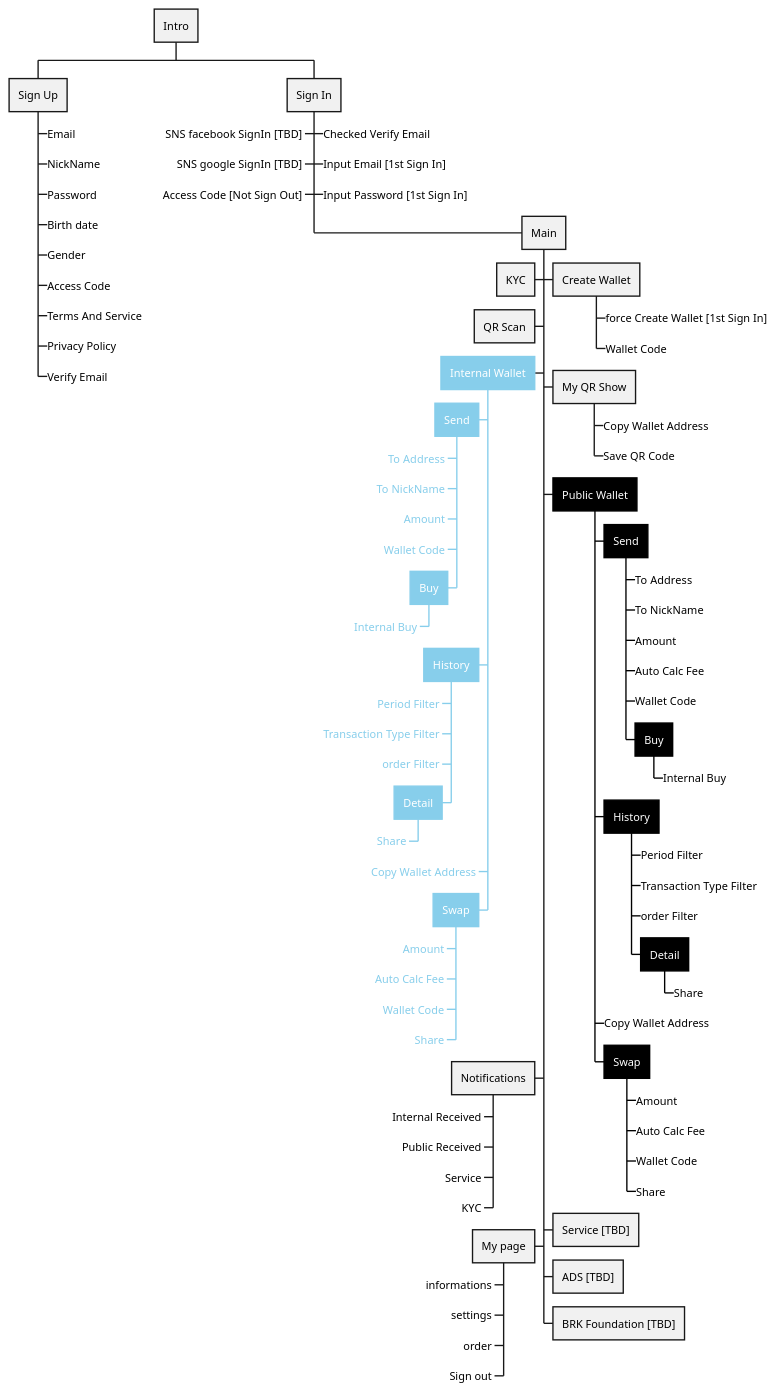
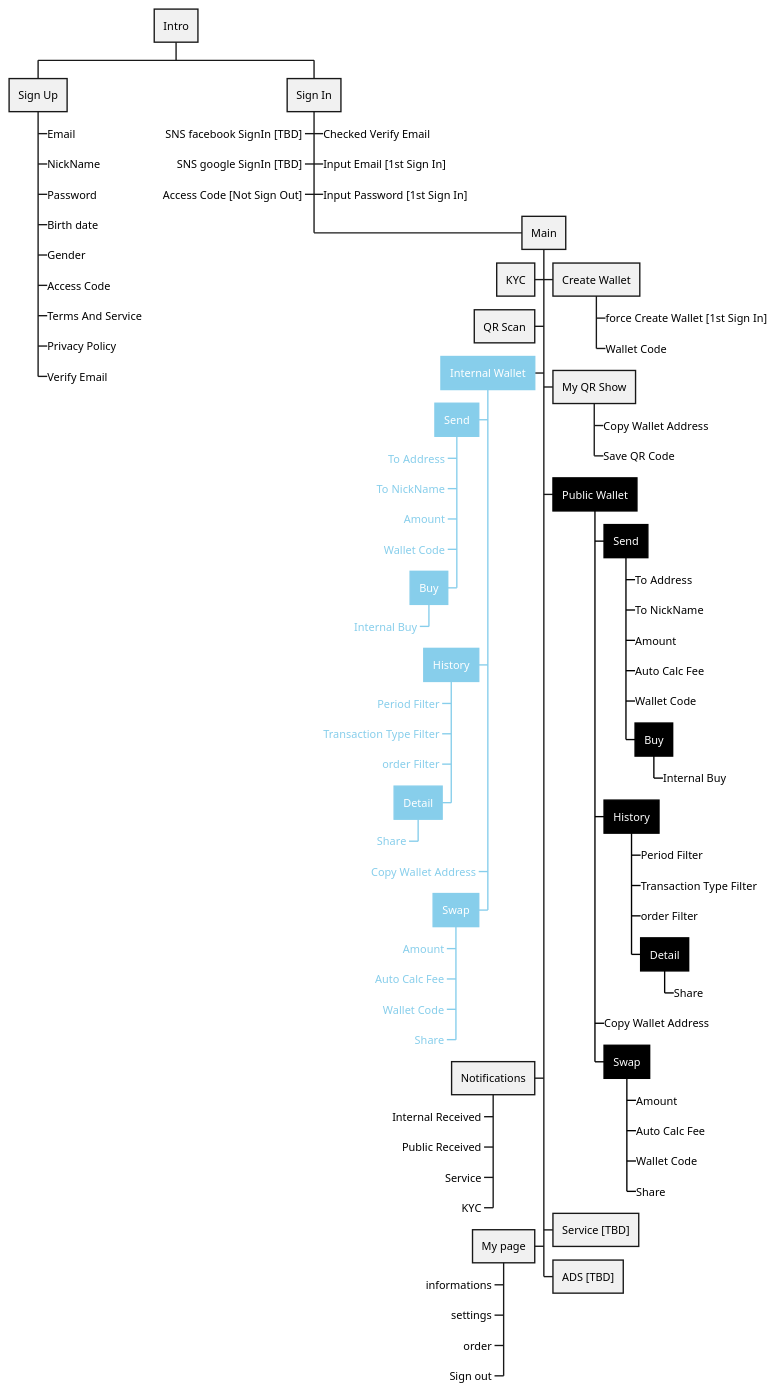
The diagram in public/uml/IA_ServiceFront.iuml (minias/minias.github.io), drawn with PlantUML before and after one commit. The commit also changed 1 other file, not shown here.

```diff
--- a/public/uml/IA_ServiceFront.iuml
+++ b/public/uml/IA_ServiceFront.iuml
@@ -1,101 +1,100 @@
 @startwbs
 <style>
 .Public {
 BackgroundColor Black
 LineColor Black
 FontColor white
 }
 .Public_NoBox {
 FontColor Black
 }
 .Internal {
 BackgroundColor SkyBlue
 LineColor SkyBlue
 FontColor white
 }
 .Internal_NoBox  {
 FontColor SkyBlue
 }
 </style>
 * Intro
 **< Sign Up
 ***_ Email
 ***_ NickName
 ***_ Password
 ***_ Birth date
 ***_ Gender
 ***_ Access Code
 ***_ Terms And Service
 ***_ Privacy Policy
 ***_ Verify Email
 **> Sign In
 ***_< SNS facebook SignIn [TBD]
 ***_< SNS google SignIn [TBD]
 ***_ Checked Verify Email
 ***_ Input Email [1st Sign In]
 ***_ Input Password [1st Sign In]
 ***_< Access Code [Not Sign Out]
 *** Main
 ****< KYC
 **** Create Wallet
 *****_ force Create Wallet [1st Sign In]
 *****_ Wallet Code
 ****< QR Scan
 **** My QR Show
 *****_ Copy Wallet Address <<Public_NoBox>>
 *****_ Save QR Code <<Public_NoBox>>
 ****< Internal Wallet <<Internal>>
-*****< Send <<Internal>> 
-******_< To Address <<Internal_NoBox>> 
-******_< To NickName <<Internal_NoBox>> 
-******_< Amount <<Internal_NoBox>> 
-******_< Wallet Code <<Internal_NoBox>> 
-******< Buy <<Internal>> 
-*******_< Internal Buy <<Internal_NoBox>> 
-*****< History <<Internal>> 
+*****< Send <<Internal>>
+******_< To Address <<Internal_NoBox>>
+******_< To NickName <<Internal_NoBox>>
+******_< Amount <<Internal_NoBox>>
+******_< Wallet Code <<Internal_NoBox>>
+******< Buy <<Internal>>
+*******_< Internal Buy <<Internal_NoBox>>
+*****< History <<Internal>>
 ******_< Period Filter <<Internal_NoBox>>
 ******_< Transaction Type Filter <<Internal_NoBox>>
 ******_< order Filter <<Internal_NoBox>>
-******< Detail <<Internal>> 
-*******_< Share <<Internal_NoBox>> 
+******< Detail <<Internal>>
+*******_< Share <<Internal_NoBox>>
 *****_< Copy Wallet Address <<Internal_NoBox>>
 *****< Swap <<Internal>>
 ******_< Amount <<Internal_NoBox>>
 ******_< Auto Calc Fee <<Internal_NoBox>>
 ******_< Wallet Code <<Internal_NoBox>>
 ******_< Share <<Internal_NoBox>>
 **** Public Wallet <<Public>>
 ***** Send <<Public>>
-******_ To Address <<Public_NoBox>> 
-******_ To NickName <<Public_NoBox>> 
-******_ Amount <<Public_NoBox>> 
-******_ Auto Calc Fee <<Public_NoBox>> 
-******_ Wallet Code <<Public_NoBox>> 
-****** Buy <<Public>> 
-*******_ Internal Buy <<Public_NoBox>> 
+******_ To Address <<Public_NoBox>>
+******_ To NickName <<Public_NoBox>>
+******_ Amount <<Public_NoBox>>
+******_ Auto Calc Fee <<Public_NoBox>>
+******_ Wallet Code <<Public_NoBox>>
+****** Buy <<Public>>
+*******_ Internal Buy <<Public_NoBox>>
 ***** History <<Public>>
 ******_ Period Filter <<Public_NoBox>>
 ******_ Transaction Type Filter <<Public_NoBox>>
 ******_ order Filter <<Public_NoBox>>
-****** Detail <<Public>> 
-*******_ Share <<Public_NoBox>> 
+****** Detail <<Public>>
+*******_ Share <<Public_NoBox>>
 *****_ Copy Wallet Address <<Public_NoBox>>
 ***** Swap <<Public>>
 ******_ Amount <<Public_NoBox>>
 ******_ Auto Calc Fee <<Public_NoBox>>
 ******_ Wallet Code <<Public_NoBox>>
 ******_ Share <<Public_NoBox>>
 ****< Notifications
 *****_< Internal Received
 *****_< Public Received
 *****_< Service
 *****_< KYC
 ****< My page
 *****_< informations
 *****_< settings
 *****_< order
 *****_< Sign out
 **** Service [TBD]
 **** ADS [TBD]
-**** BRK Foundation [TBD]
 @endwbs
```
